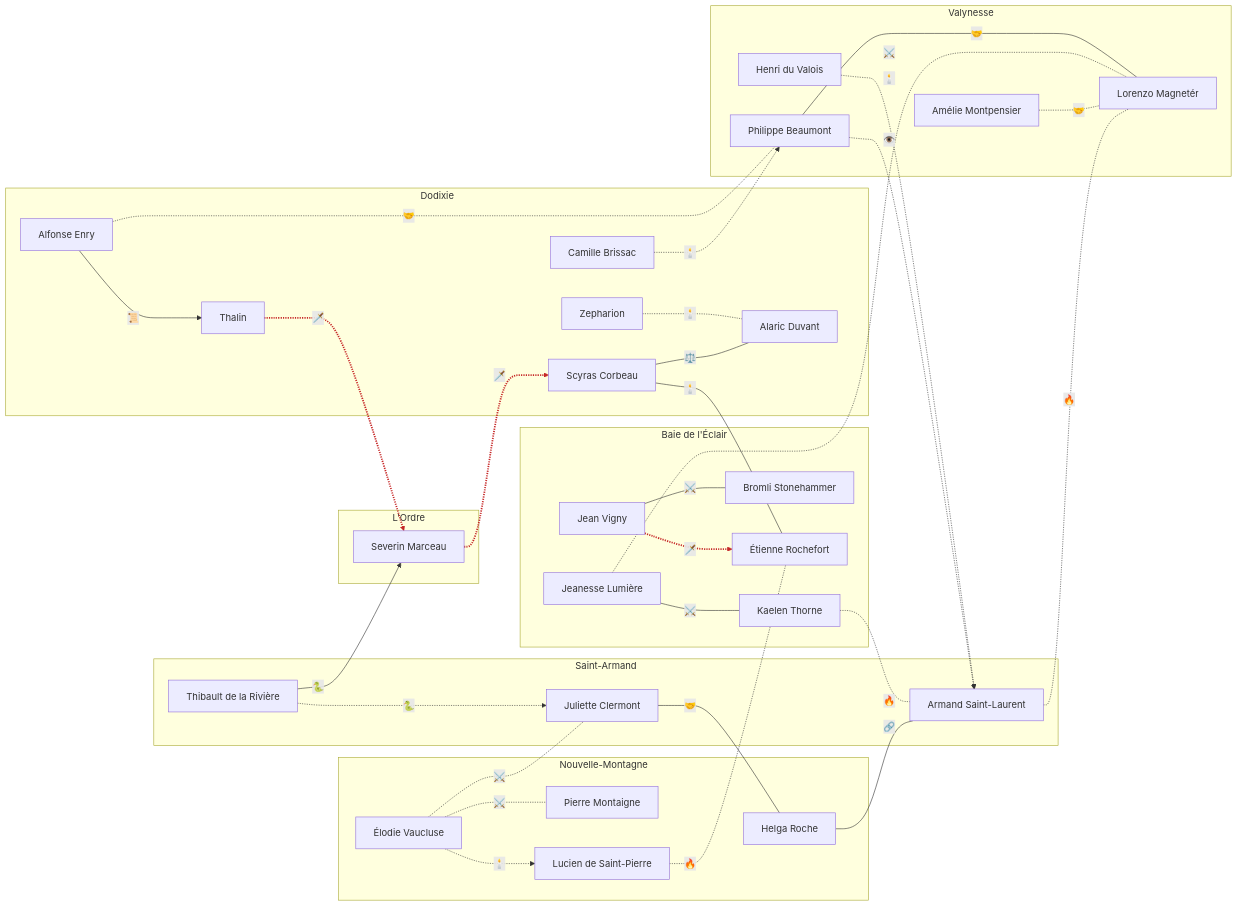
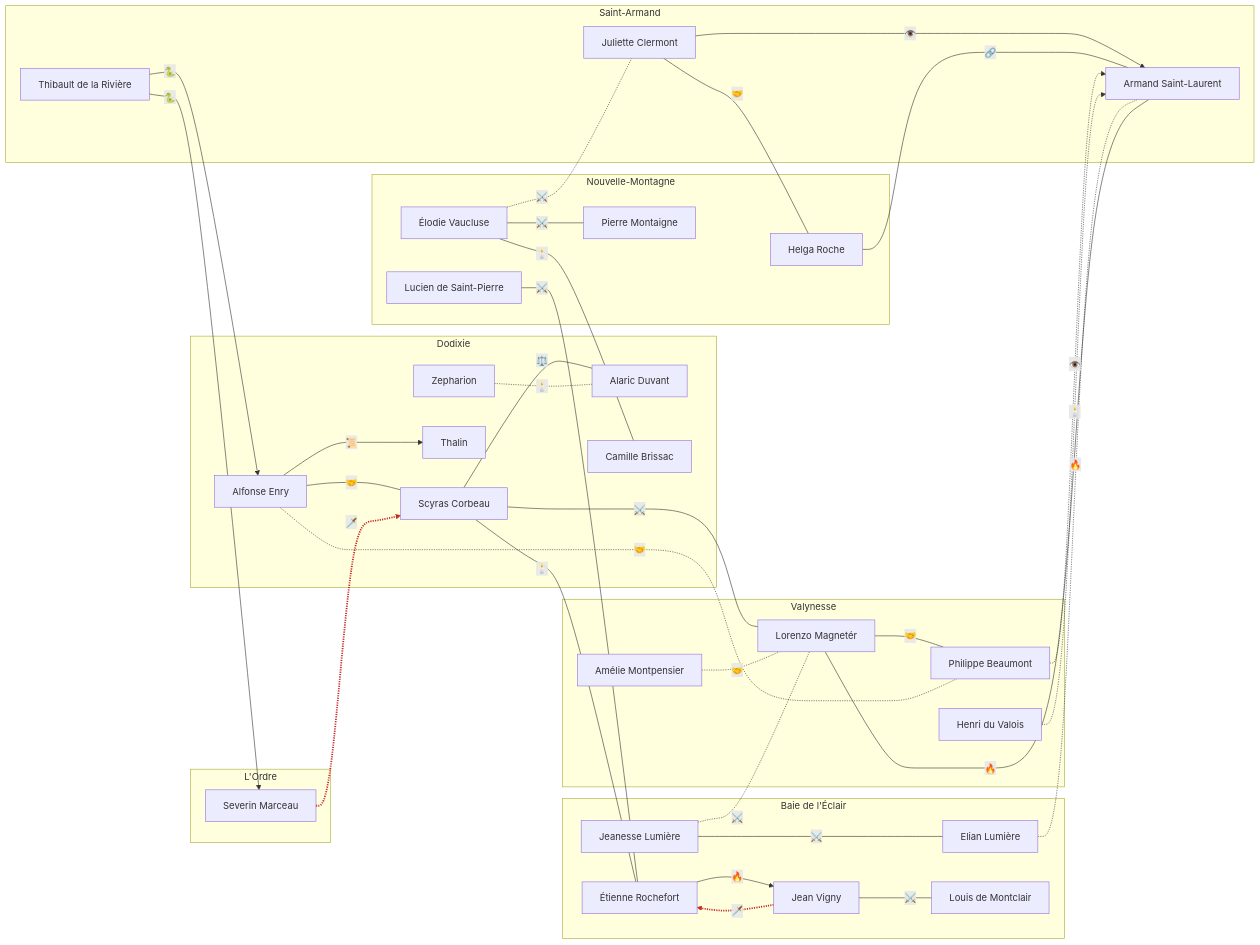
One commit to Verayon/Gallancourt-RPG-DnD- changed the diagram in docs/mundo/intrigas-da-nobreza.md. Above: the diagram before and after it, drawn with Mermaid. The commit also changed other lines of this file and 79 other files, not shown here.

````diff
--- a/docs/mundo/intrigas-da-nobreza.md
+++ b/docs/mundo/intrigas-da-nobreza.md
@@ -35,67 +35,68 @@
 ```mermaid
 graph LR
-    subgraph G0["Dodixie"]
+    subgraph G0["Valynesse"]
+        P18["Lorenzo Magnetér"]
+        P19["Amélie Montpensier"]
+        P20["Philippe Beaumont"]
+        P21["Henri du Valois"]
+    end
+    subgraph G1["Dodixie"]
         P0["Scyras Corbeau"]
         P1["Alaric Duvant"]
         P2["Alfonse Enry"]
         P3["Thalin"]
         P4["Zepharion"]
         P5["Camille Brissac"]
     end
-    subgraph G1["Baie de l'Éclair"]
+    subgraph G2["Baie de l'Éclair"]
         P6["Jeanesse Lumière"]
-        P7["Kaelen Thorne"]
+        P7["Elian Lumière"]
         P8["Jean Vigny"]
-        P9["Bromli Stonehammer"]
+        P9["Louis de Montclair"]
         P10["Étienne Rochefort"]
-    end
-    subgraph G2["Nouvelle-Montagne"]
-        P11["Helga Roche"]
-        P12["Pierre Montaigne"]
-        P13["Élodie Vaucluse"]
-        P14["Lucien de Saint-Pierre"]
     end
     subgraph G3["Saint-Armand"]
         P15["Armand Saint-Laurent"]
         P16["Juliette Clermont"]
         P17["Thibault de la Rivière"]
     end
-    subgraph G4["Valynesse"]
-        P18["Lorenzo Magnetér"]
-        P19["Amélie Montpensier"]
-        P20["Philippe Beaumont"]
-        P21["Henri du Valois"]
+    subgraph G4["Nouvelle-Montagne"]
+        P11["Helga Roche"]
+        P12["Pierre Montaigne"]
+        P13["Élodie Vaucluse"]
+        P14["Lucien de Saint-Pierre"]
     end
     subgraph G5["L'Ordre"]
         P22["Severin Marceau"]
     end
     P0 ---|⚖️| P1
     P0 ---|🕯️| P10
+    P10 -->|🔥| P8
     P8 ---|⚔️| P9
+    P0 ---|⚔️| P18
+    P15 ---|🔥| P18
+    P16 -->|👁️| P15
     P11 ---|🔗| P15
     P16 ---|🤝| P11
     P18 ---|🤝| P20
     P2 -->|📜| P3
+    P2 ---|🤝| P0
     P17 -->|🐍| P22
+    P17 -->|🐍| P2
     P6 ---|⚔️| P7
+    P13 ---|🕯️| P5
+    P13 ---|⚔️| P12
+    P14 ---|⚔️| P10
     P8 -.->|🗡️| P10
     P22 -.->|🗡️| P0
-    P3 -.->|🗡️| P22
-    P15 -.-|🔥| P18
     P20 -.->|👁️| P15
     P21 -.->|🕯️| P15
-    P13 -.->|🕯️| P14
-    P14 -.-|🔥| P10
     P4 -.-|🕯️| P1
-    P5 -.->|🕯️| P20
-    P13 -.-|⚔️| P12
     P13 -.-|⚔️| P16
     P19 -.-|🤝| P18
     P7 -.-|🔥| P15
-    P17 -.->|🐍| P16
     P6 -.-|⚔️| P18
     P2 -.-|🤝| P20
-    linkStyle 9 stroke:#c62828,stroke-width:3px
-    linkStyle 10 stroke:#c62828,stroke-width:3px
-    linkStyle 11 stroke:#c62828,stroke-width:3px
+    linkStyle 18 stroke:#c62828,stroke-width:3px
+    linkStyle 19 stroke:#c62828,stroke-width:3px
 ```
````
